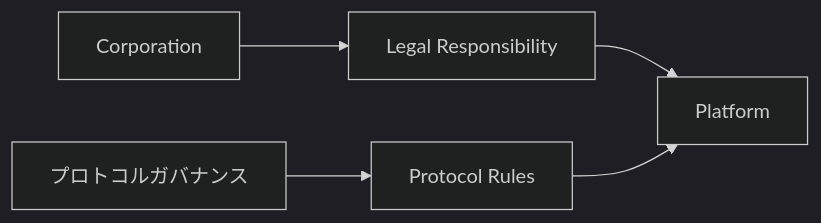
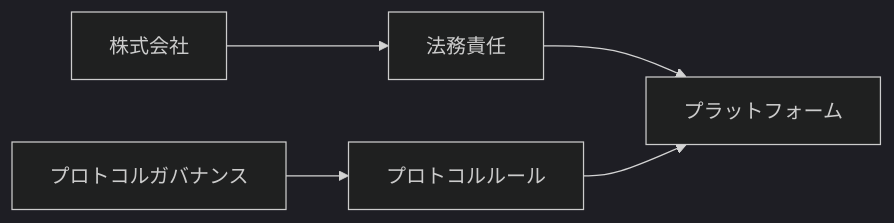
One commit to ShigeichiroYamasaki/creator-first-platform changed diagram 13 of 17 in docs/whitepaper/01-vision.md. Above: the diagram before and after it, drawn with Mermaid (dark theme). The commit also changed other lines of this file and 72 other files, not shown here.

````diff
--- a/docs/whitepaper/01-vision.md
+++ b/docs/whitepaper/01-vision.md
@@ -360,12 +360,12 @@
 ```mermaid
 flowchart LR
-    CORP[Corporation]
-    LEGAL[Legal Responsibility]
+    CORP[株式会社]
+    LEGAL[法務責任]
     PROTOCOL[プロトコルガバナンス]
 
     CORP --> LEGAL
-    PROTOCOL --> RULES[Protocol Rules]
+    PROTOCOL --> RULES[プロトコルルール]
 
-    LEGAL --> PLATFORM[Platform]
+    LEGAL --> PLATFORM[プラットフォーム]
     RULES --> PLATFORM
 ```
````
